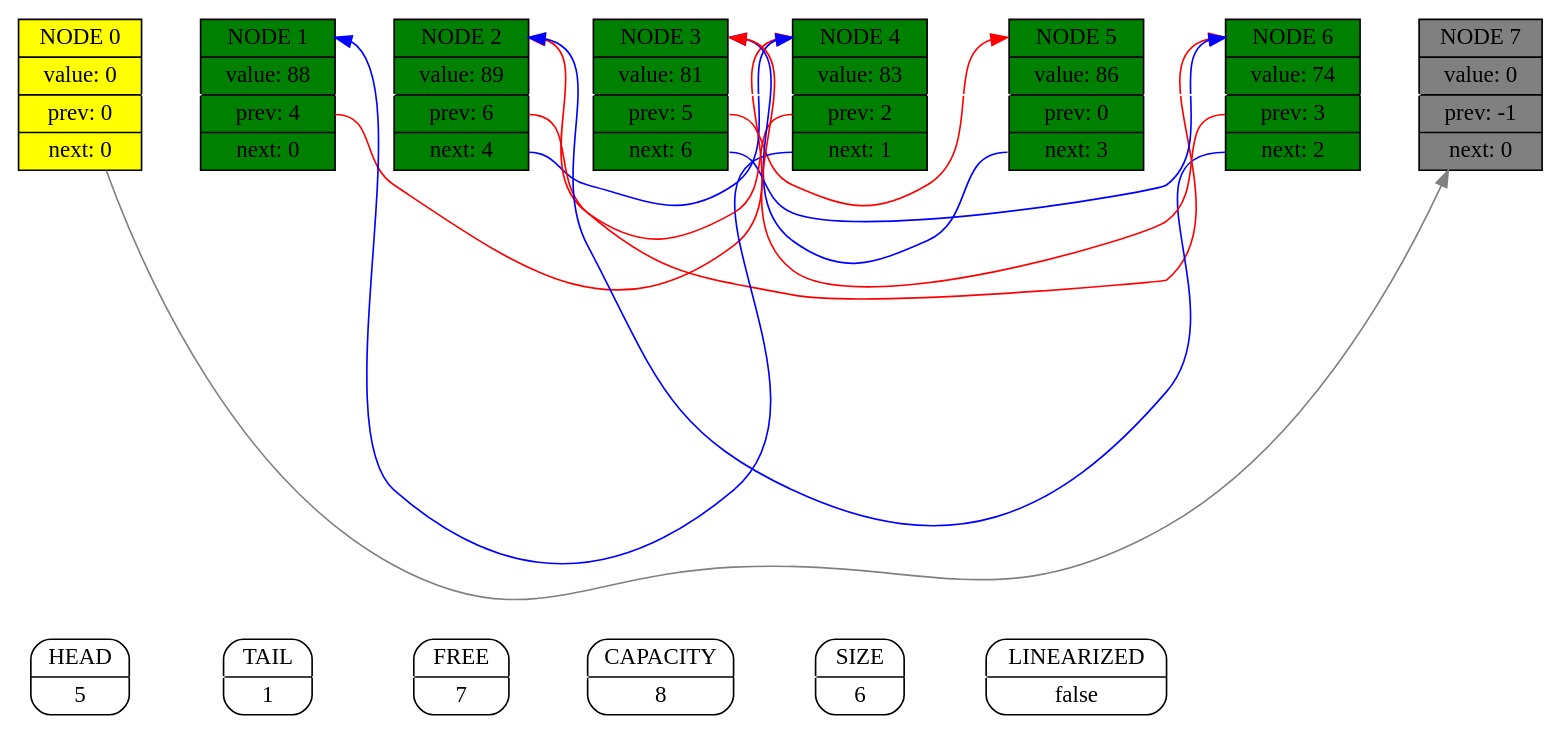
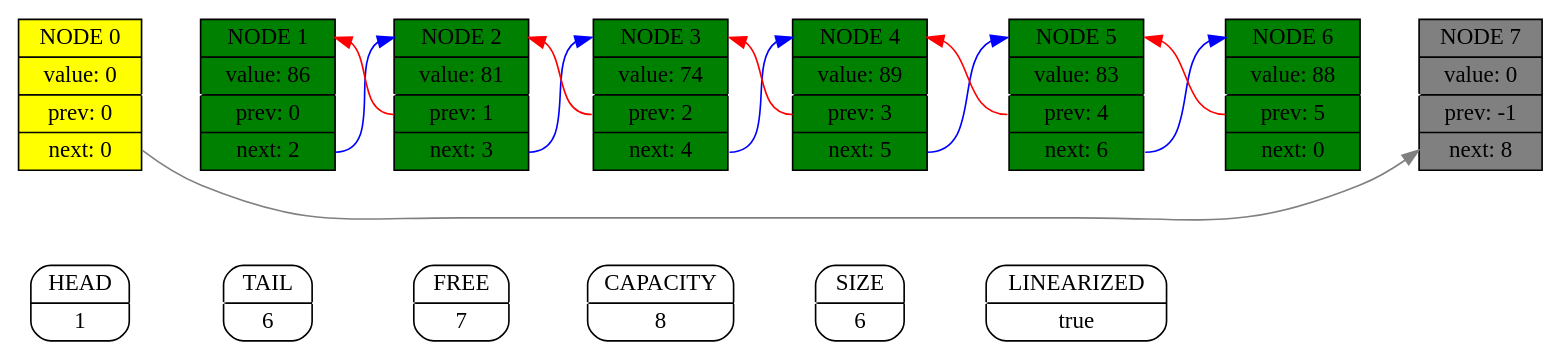
One commit to KetchuppOfficial/List changed the diagram in Graph.dot. Above: the diagram before and after it, drawn with Graphviz. The commit also changed 12 other files, not shown here.

```diff
--- a/Graph.dot
+++ b/Graph.dot
@@ -1,64 +1,64 @@
 digraph List
 {
 	rankdir=LR;
 	node [style=rounded];
 
-	head [shape = record, label = "HEAD | 5"];
+	head [shape = record, label = "HEAD | 1"];
 
-	tail [shape = record, label = "TAIL | 1"];
+	tail [shape = record, label = "TAIL | 6"];
 
 	free [shape = record, label = "FREE | 7"];
 
 	capacity [shape = record, label = "CAPACITY | 8"];
 
 	size [shape = record, label = "SIZE | 6"];
 
-	linearized [shape = record, label = "LINEARIZED | false"];
+	linearized [shape = record, label = "LINEARIZED | true"];
 
 	edge [color = white]
 {
 head -> tail
 tail -> free
 free -> capacity
 capacity -> size
 size -> linearized
 }
 	node0                                                                                                                	[shape = record, style = filled, fillcolor = yellow,                                                               	label = "<name0> NODE 0 | value: 0 | <prev0> prev: 0 | <next0> next: 0"];
 
-	node1                                                                                                                	[shape = record, style = filled, fillcolor = green,                                                               	label = "<name1> NODE 1 | value: 88 | <prev1> prev: 4 | <next1> next: 0"];
+	node1                                                                                                                	[shape = record, style = filled, fillcolor = green,                                                               	label = "<name1> NODE 1 | value: 86 | <prev1> prev: 0 | <next1> next: 2"];
 
-	node2                                                                                                                	[shape = record, style = filled, fillcolor = green,                                                               	label = "<name2> NODE 2 | value: 89 | <prev2> prev: 6 | <next2> next: 4"];
+	node2                                                                                                                	[shape = record, style = filled, fillcolor = green,                                                               	label = "<name2> NODE 2 | value: 81 | <prev2> prev: 1 | <next2> next: 3"];
 
-	node3                                                                                                                	[shape = record, style = filled, fillcolor = green,                                                               	label = "<name3> NODE 3 | value: 81 | <prev3> prev: 5 | <next3> next: 6"];
+	node3                                                                                                                	[shape = record, style = filled, fillcolor = green,                                                               	label = "<name3> NODE 3 | value: 74 | <prev3> prev: 2 | <next3> next: 4"];
 
-	node4                                                                                                                	[shape = record, style = filled, fillcolor = green,                                                               	label = "<name4> NODE 4 | value: 83 | <prev4> prev: 2 | <next4> next: 1"];
+	node4                                                                                                                	[shape = record, style = filled, fillcolor = green,                                                               	label = "<name4> NODE 4 | value: 89 | <prev4> prev: 3 | <next4> next: 5"];
 
-	node5                                                                                                                	[shape = record, style = filled, fillcolor = green,                                                               	label = "<name5> NODE 5 | value: 86 | <prev5> prev: 0 | <next5> next: 3"];
+	node5                                                                                                                	[shape = record, style = filled, fillcolor = green,                                                               	label = "<name5> NODE 5 | value: 83 | <prev5> prev: 4 | <next5> next: 6"];
 
-	node6                                                                                                                	[shape = record, style = filled, fillcolor = green,                                                               	label = "<name6> NODE 6 | value: 74 | <prev6> prev: 3 | <next6> next: 2"];
+	node6                                                                                                                	[shape = record, style = filled, fillcolor = green,                                                               	label = "<name6> NODE 6 | value: 88 | <prev6> prev: 5 | <next6> next: 0"];
 
-	node7                                                                                                                	[shape = record, style = filled, fillcolor = gray,                                                               	label = "<name7> NODE 7 | value: 0 | <prev7> prev: -1 | <next7> next: 0"];
+	node7                                                                                                                	[shape = record, style = filled, fillcolor = gray,                                                               	label = "<name7> NODE 7 | value: 0 | <prev7> prev: -1 | <next7> next: 8"];
 
 	node0 -> node7 [color = "gray", constraint = false];
 {
 	edge [color = white]
 	node0 -> node1
 	node1 -> node2
 	node2 -> node3
 	node3 -> node4
 	node4 -> node5
 	node5 -> node6
 	node6 -> node7
 }
-	node2: <next2> -> node4: <name4> [color = "blue", constraint = false];
-	node3: <next3> -> node6: <name6> [color = "blue", constraint = false];
-	node4: <next4> -> node1: <name1> [color = "blue", constraint = false];
-	node5: <next5> -> node3: <name3> [color = "blue", constraint = false];
-	node6: <next6> -> node2: <name2> [color = "blue", constraint = false];
+	node1: <next1> -> node2: <name2> [color = "blue", constraint = false];
+	node2: <next2> -> node3: <name3> [color = "blue", constraint = false];
+	node3: <next3> -> node4: <name4> [color = "blue", constraint = false];
+	node4: <next4> -> node5: <name5> [color = "blue", constraint = false];
+	node5: <next5> -> node6: <name6> [color = "blue", constraint = false];
 
-	node6: <prev6> -> node3: <name3> [color = "red", constraint = false];
-	node4: <prev4> -> node2: <name2> [color = "red", constraint = false];
-	node3: <prev3> -> node5: <name5> [color = "red", constraint = false];
-	node2: <prev2> -> node6: <name6> [color = "red", constraint = false];
-	node1: <prev1> -> node4: <name4> [color = "red", constraint = false];
+	node6: <prev6> -> node5: <name5> [color = "red", constraint = false];
+	node5: <prev5> -> node4: <name4> [color = "red", constraint = false];
+	node4: <prev4> -> node3: <name3> [color = "red", constraint = false];
+	node3: <prev3> -> node2: <name2> [color = "red", constraint = false];
+	node2: <prev2> -> node1: <name1> [color = "red", constraint = false];
 }
```
